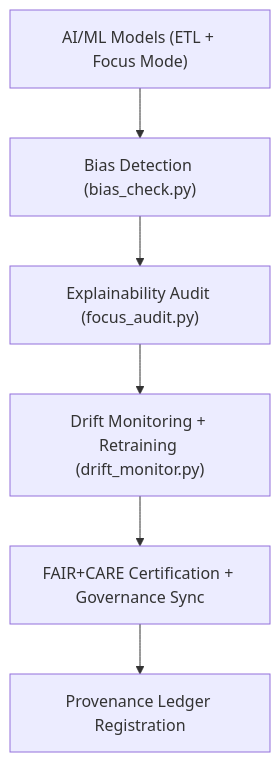
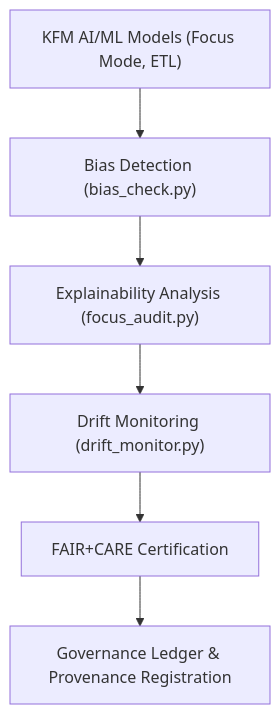
The diagram in tools/ai/README.md (bartytime4life/Kansas-Frontier-Matrix), drawn with Mermaid before and after one commit. The commit also changed other lines of this file, not shown here.

````diff
--- a/tools/ai/README.md
+++ b/tools/ai/README.md
@@ -64,8 +74,8 @@
 ```mermaid
 flowchart TD
-    A["AI/ML Models (ETL + Focus Mode)"] --> B["Bias Detection (bias_check.py)"]
-    B --> C["Explainability Audit (focus_audit.py)"]
-    C --> D["Drift Monitoring + Retraining (drift_monitor.py)"]
-    D --> E["FAIR+CARE Certification + Governance Sync"]
-    E --> F["Provenance Ledger Registration"]
+A["KFM AI/ML Models (Focus Mode, ETL)"] --> B["Bias Detection (bias_check.py)"]
+B --> C["Explainability Analysis (focus_audit.py)"]
+C --> D["Drift Monitoring (drift_monitor.py)"]
+D --> E["FAIR+CARE Certification"]
+E --> F["Governance Ledger & Provenance Registration"]
 ```
````
